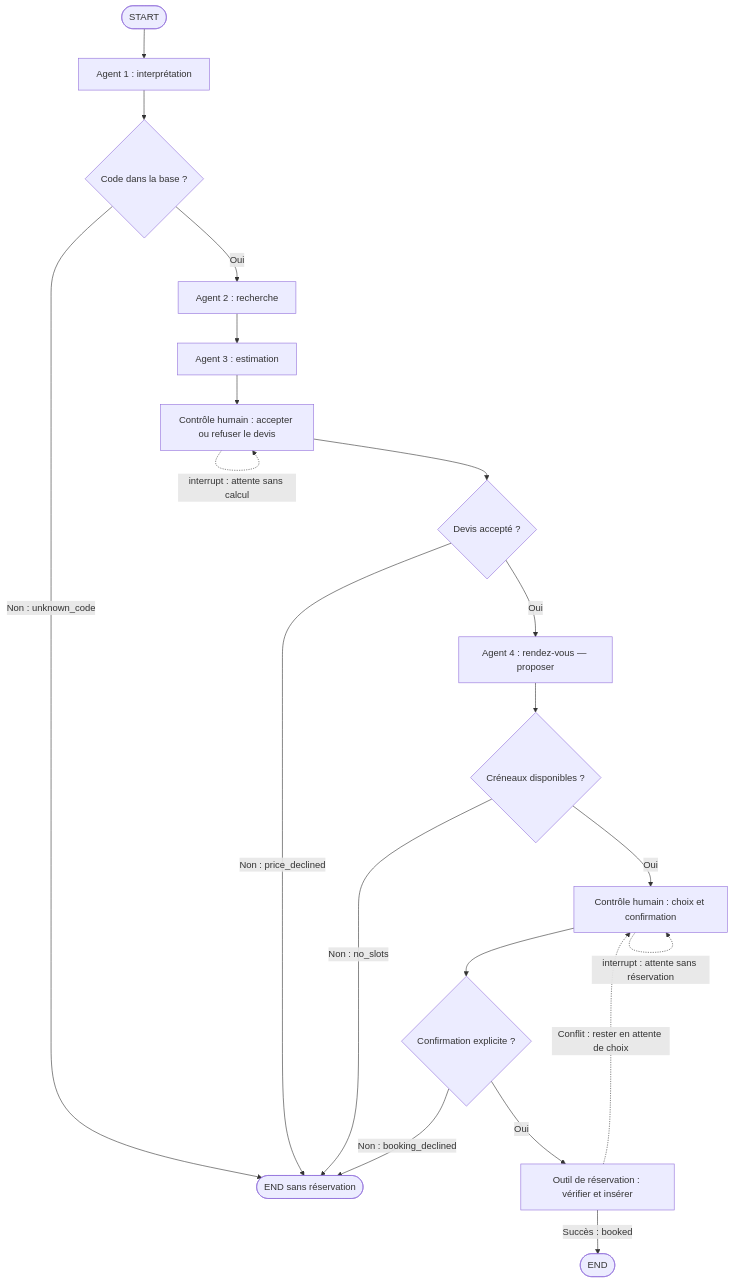
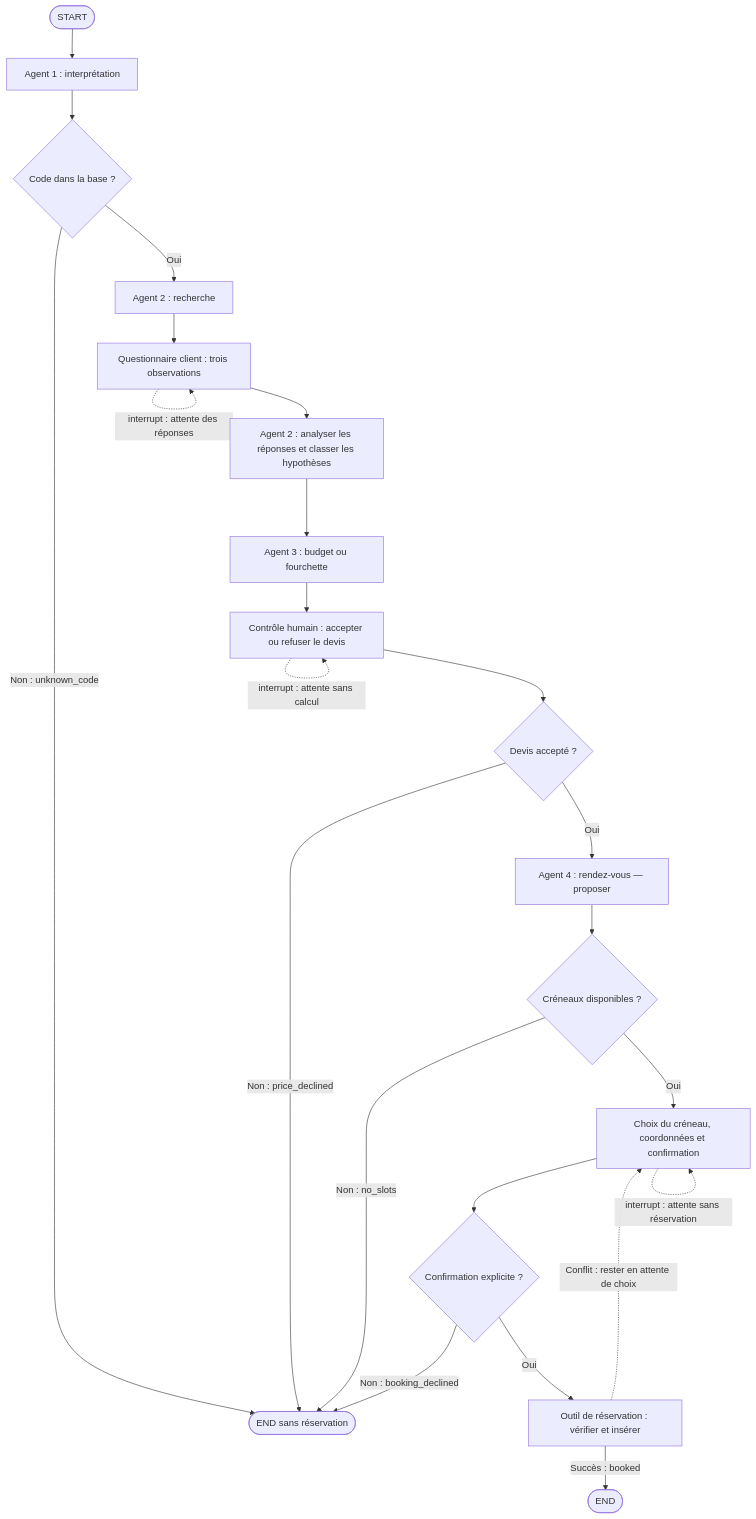
One commit to hamza-ouchen/obdagentauto changed the diagram in docs/diagrammes/diagramme-02.mmd. Above: the diagram before and after it, drawn with Mermaid. The commit also changed 34 other files, not shown here.

```diff
--- a/docs/diagrammes/diagramme-02.mmd
+++ b/docs/diagrammes/diagramme-02.mmd
@@ -1,20 +1,23 @@
 flowchart TD
     S([START]) --> I[Agent 1 : interprétation]
     I --> K{Code dans la base ?}
     K -->|Non : unknown_code| Z([END sans réservation])
     K -->|Oui| R[Agent 2 : recherche]
-    R --> E[Agent 3 : estimation]
+    R --> QS[Questionnaire client : trois observations]
+    QS -.->|interrupt : attente des réponses| QS
+    QS --> AN[Agent 2 : analyser les réponses et classer les hypothèses]
+    AN --> E[Agent 3 : budget ou fourchette]
     E --> Q[Contrôle humain : accepter ou refuser le devis]
     Q -.->|interrupt : attente sans calcul| Q
     Q --> P{Devis accepté ?}
     P -->|Non : price_declined| Z
     P -->|Oui| A[Agent 4 : rendez-vous — proposer]
     A --> D{Créneaux disponibles ?}
     D -->|Non : no_slots| Z
-    D -->|Oui| B[Contrôle humain : choix et confirmation]
+    D -->|Oui| B[Choix du créneau, coordonnées et confirmation]
     B -.->|interrupt : attente sans réservation| B
     B --> C{Confirmation explicite ?}
     C -->|Non : booking_declined| Z
     C -->|Oui| T[Outil de réservation : vérifier et insérer]
     T -->|Succès : booked| F([END])
     T -.->|Conflit : rester en attente de choix| B
```
